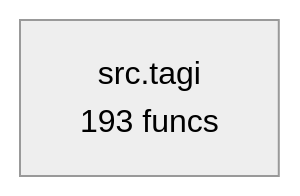
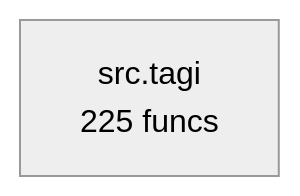
The diagram in project/compact_flow.mmd (semcod/tagi), drawn with Mermaid (neutral theme) before and after one commit. The commit also changed 17 other files, not shown here.

```diff
--- a/project/compact_flow.mmd
+++ b/project/compact_flow.mmd
@@ -1,3 +1,3 @@
 flowchart TD
-%% generated in 0.01s
-    src__tagi["src.tagi<br/>193 funcs"]
+%% generated in 0.00s
+    src__tagi["src.tagi<br/>225 funcs"]
```
